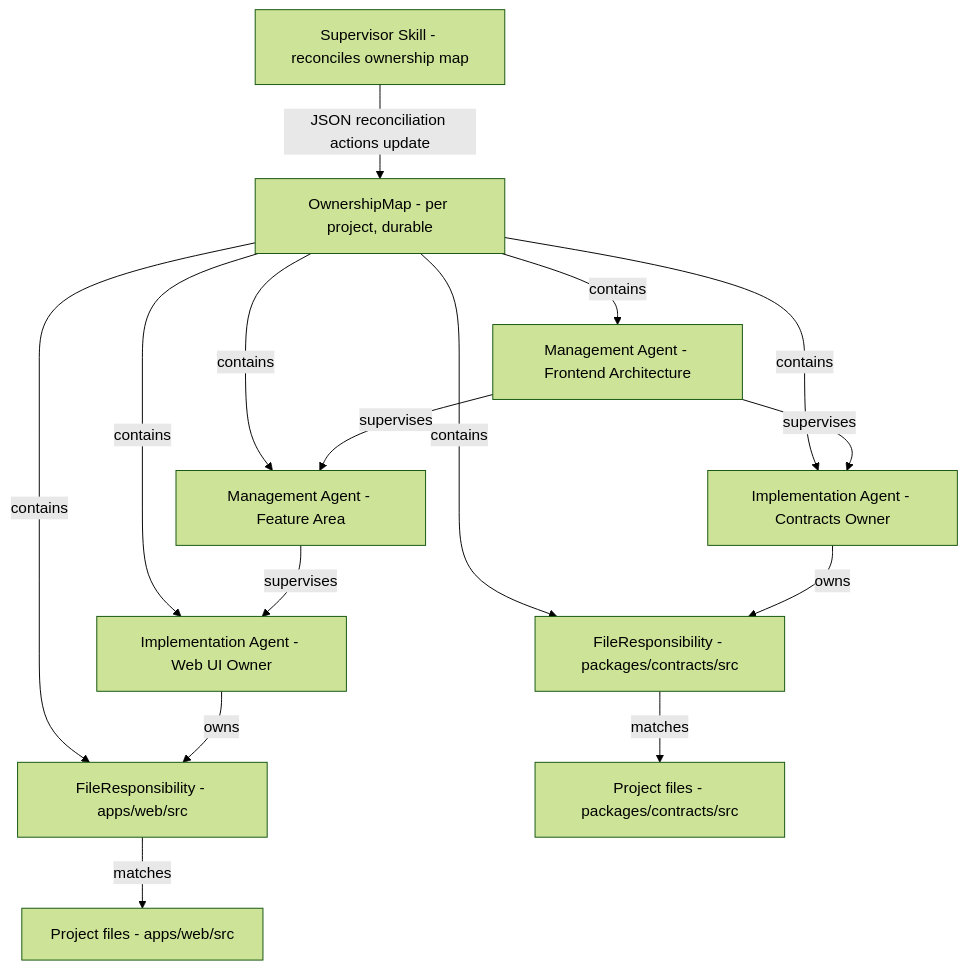
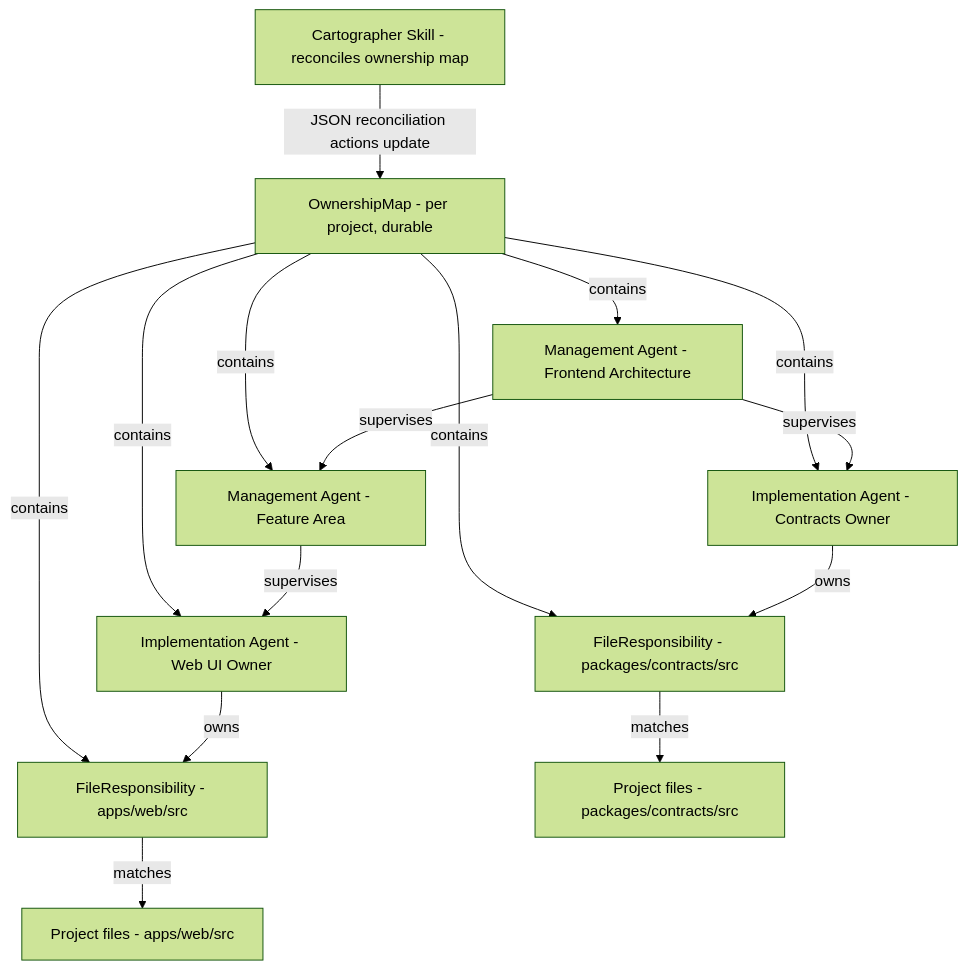
Before and after one commit to loris-olsem/t3code: the first of 4 diagrams in xdocs/spec-docs/ownership-map-vision.md, drawn with Mermaid (forest theme). The commit also changed other lines of this file and 22 other files, not shown here.

````diff
--- a/xdocs/spec-docs/ownership-map-vision.md
+++ b/xdocs/spec-docs/ownership-map-vision.md
@@ -934,32 +965,32 @@
 ```mermaid
 graph TD
-  SupervisorSkill[Supervisor Skill - reconciles ownership map]
+  CartographerSkill[Cartographer Skill - reconciles ownership map]
   Map[OwnershipMap - per project, durable]
 
   MgmtA[Management Agent - Frontend Architecture]
   MgmtB[Management Agent - Feature Area]
   ImplA[Implementation Agent - Web UI Owner]
   ImplB[Implementation Agent - Contracts Owner]
 
   RespA[FileResponsibility - apps/web/src]
   RespB[FileResponsibility - packages/contracts/src]
   FilesA[Project files - apps/web/src]
   FilesB[Project files - packages/contracts/src]
 
-  SupervisorSkill -- JSON reconciliation actions update --> Map
+  CartographerSkill -- JSON reconciliation actions update --> Map
   Map -- contains --> MgmtA
   Map -- contains --> MgmtB
   Map -- contains --> ImplA
   Map -- contains --> ImplB
   Map -- contains --> RespA
   Map -- contains --> RespB
 
   MgmtA -- supervises --> MgmtB
   MgmtB -- supervises --> ImplA
   MgmtA -- supervises --> ImplB
 
   ImplA -- owns --> RespA
   ImplB -- owns --> RespB
   RespA -- matches --> FilesA
   RespB -- matches --> FilesB
 ```
````
